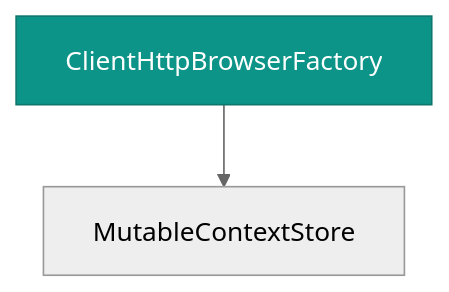
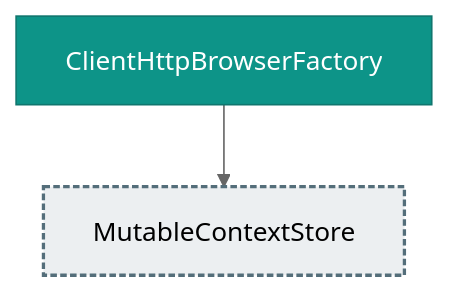
One commit to deanhiller/webpieces-ts changed the diagram in packages/http/http-client-browser/design.md. Above: the diagram before and after it, drawn with Mermaid (neutral theme). The commit also changed other lines of this file and 40 other files, not shown here.

First line of the commit message:
Upgrade @webpieces to 0.3.320 and regenerate every design with the shipped DI-graph analyzer (#335)

````diff
--- a/packages/http/http-client-browser/design.md
+++ b/packages/http/http-client-browser/design.md
@@ -13,11 +13,13 @@
 ```mermaid
 graph TD
     ClientHttpBrowserFactory["ClientHttpBrowserFactory"]:::apiImpl
-    MutableContextStore["MutableContextStore"]
+    MutableContextStore["MutableContextStore"]:::many
     ClientHttpBrowserFactory --> MutableContextStore
     classDef controller fill:#1f6feb,color:#ffffff,stroke:#0d419d
     classDef apiImpl fill:#0d9488,color:#ffffff,stroke:#0f766e
     classDef component fill:#2da44e,color:#ffffff,stroke:#1a7f37
     classDef unresolved fill:#f0ad4e,color:#000000,stroke:#b8860b,stroke-dasharray: 5 5
     classDef external fill:#b39ddb,color:#000000,stroke:#5e35b1,stroke-width:3px
+    classDef api fill:#4fc3f7,color:#000000,stroke:#0277bd,stroke-width:3px
+    classDef many fill:#eceff1,color:#000000,stroke:#546e7a,stroke-width:2px,stroke-dasharray: 4 2
 ```
````
